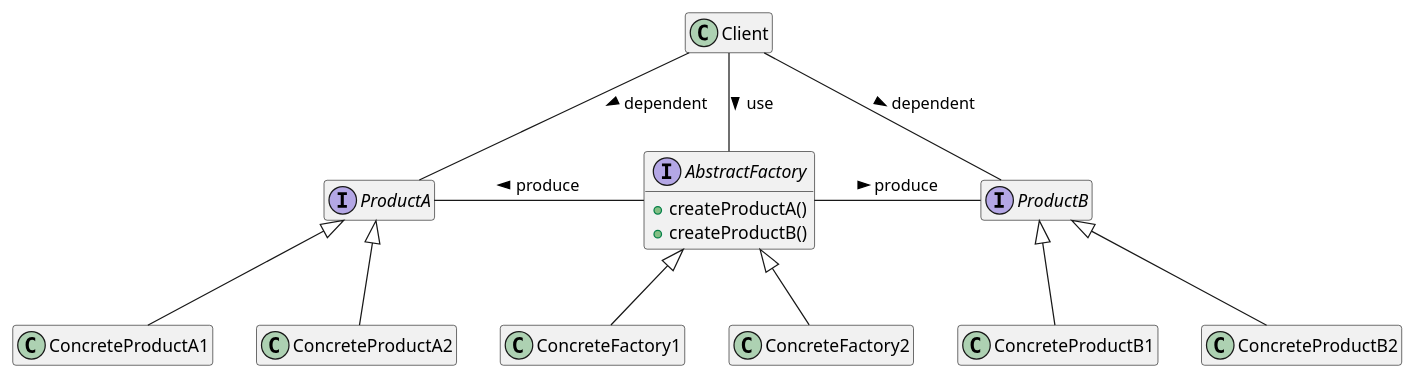
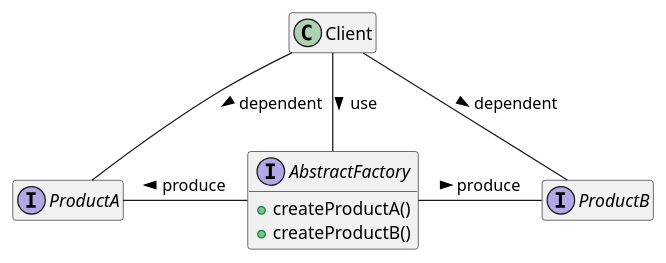
One commit to gama79530/DesignPattern changed the diagram in AbstractFactoryPattern/AbstractFactoryPattern.puml. Above: the diagram before and after it, drawn with PlantUML. The commit also changed 3 other files, not shown here.

```diff
--- a/AbstractFactoryPattern/AbstractFactoryPattern.puml
+++ b/AbstractFactoryPattern/AbstractFactoryPattern.puml
@@ -1,48 +1,24 @@
 @startuml AbstractFactoryPattern
 hide empty members
 
 class Client{
 }
 
 interface AbstractFactory{
     + createProductA()
     + createProductB()
 }
 
 interface ProductA{
 }
 
 interface ProductB{
 }
 
-class ConcreteProductA1{
-}
-
-class ConcreteProductA2{
-}
-
-class ConcreteProductB1{
-}
-
-class ConcreteProductB2{
-}
-
-class ConcreteFactory1{
-}
-
-class ConcreteFactory2{
-}
-
 AbstractFactory -left- ProductA : > produce 
 AbstractFactory - ProductB : > produce 
 
 Client -down- AbstractFactory : > use
 Client -down- ProductA : > dependent
 Client -down- ProductB : > dependent
-ProductA <|-down- ConcreteProductA1
-ProductA <|-down- ConcreteProductA2
-ProductB <|-down- ConcreteProductB1
-ProductB <|-down- ConcreteProductB2
-AbstractFactory <|-down- ConcreteFactory1
-AbstractFactory <|-down- ConcreteFactory2
 @enduml
```
